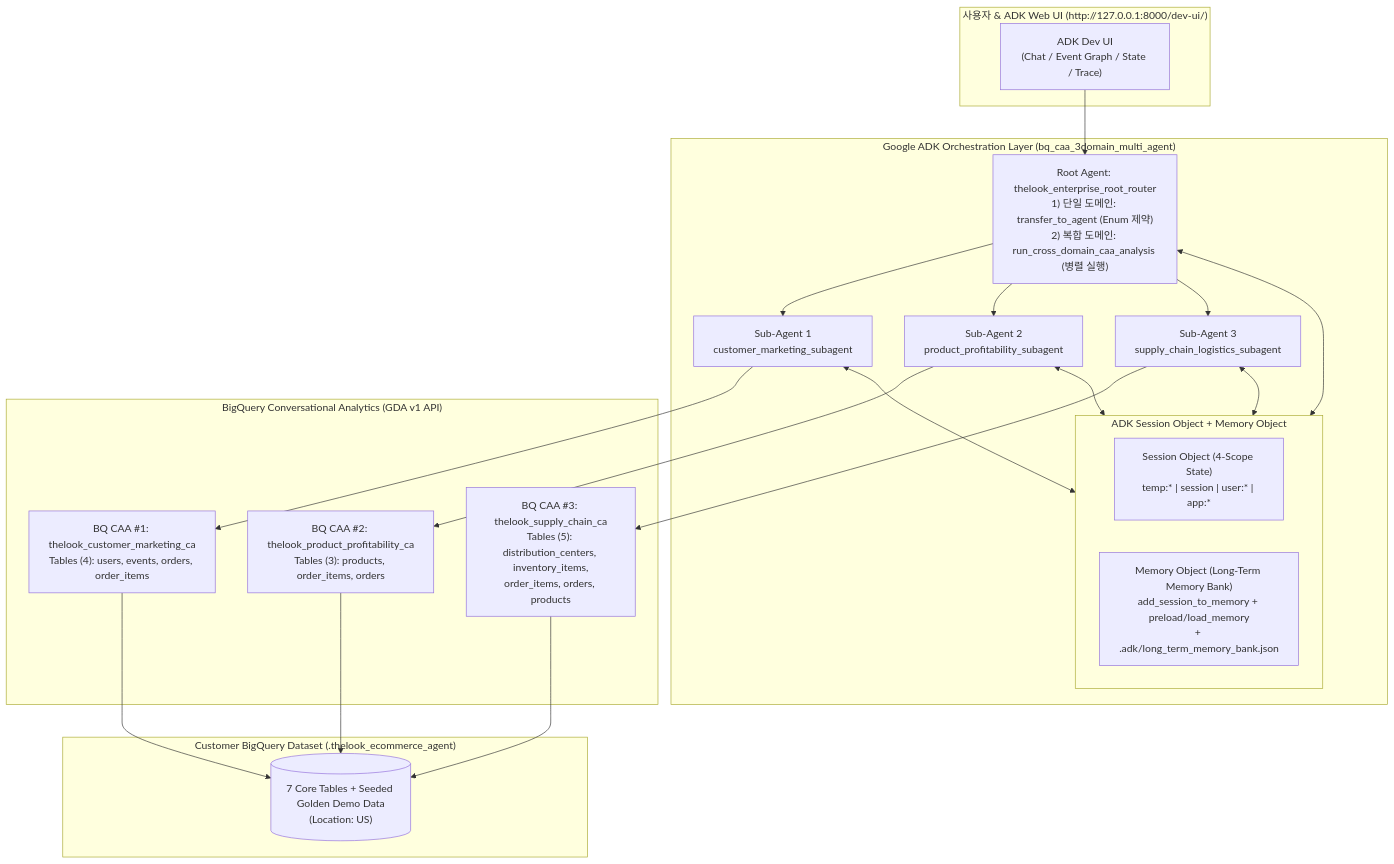
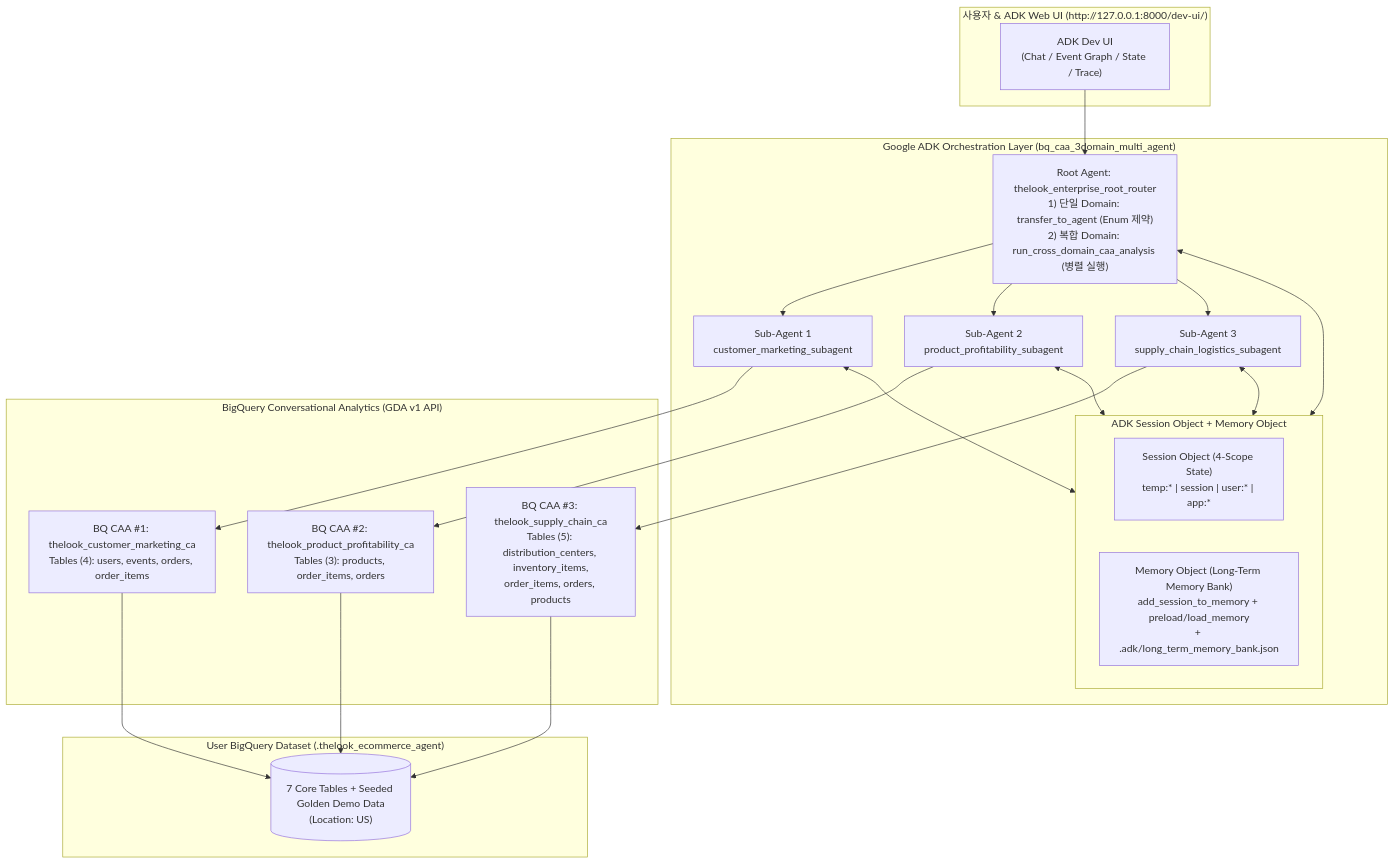
One commit to rhkim77/adk_with_bq_caa_lab changed the diagram in docs/QWIKLABS_HANDSON_LAB_GUIDE_KO.md. Above: the diagram before and after it, drawn with Mermaid. The commit also changed other lines of this file and 3 other files, not shown here.

````diff
--- a/docs/QWIKLABS_HANDSON_LAB_GUIDE_KO.md
+++ b/docs/QWIKLABS_HANDSON_LAB_GUIDE_KO.md
@@ -28,45 +28,45 @@
 ```mermaid
 flowchart TB
   subgraph UserLayer["사용자 & ADK Web UI (http://127.0.0.1:8000/dev-ui/)"]
     UI["ADK Dev UI<br/>(Chat / Event Graph / State / Trace)"]
   end
 
   subgraph ADKLayer["Google ADK Orchestration Layer (bq_caa_3domain_multi_agent)"]
-    ROOT["Root Agent: thelook_enterprise_root_router<br/>1) 단일 도메인: transfer_to_agent (Enum 제약)<br/>2) 복합 도메인: run_cross_domain_caa_analysis (병렬 실행)"]
+    ROOT["Root Agent: thelook_enterprise_root_router<br/>1) 단일 Domain: transfer_to_agent (Enum 제약)<br/>2) 복합 Domain: run_cross_domain_caa_analysis (병렬 실행)"]
     
     subgraph SessionMemory["ADK Session Object + Memory Object"]
       S_OBJ["Session Object (4-Scope State)<br/>temp:* | session | user:* | app:*"]
       M_OBJ["Memory Object (Long-Term Memory Bank)<br/>add_session_to_memory + preload/load_memory<br/>+ .adk/long_term_memory_bank.json"]
     end
 
     SUB1["Sub-Agent 1<br/>customer_marketing_subagent"]
     SUB2["Sub-Agent 2<br/>product_profitability_subagent"]
     SUB3["Sub-Agent 3<br/>supply_chain_logistics_subagent"]
 
     ROOT --> SUB1
     ROOT --> SUB2
     ROOT --> SUB3
     ROOT <--> SessionMemory
     SUB1 <--> SessionMemory
     SUB2 <--> SessionMemory
     SUB3 <--> SessionMemory
   end
 
   subgraph CAALayer["BigQuery Conversational Analytics (GDA v1 API)"]
     CAA1["BQ CAA #1: thelook_customer_marketing_ca<br/>Tables (4): users, events, orders, order_items"]
     CAA2["BQ CAA #2: thelook_product_profitability_ca<br/>Tables (3): products, order_items, orders"]
     CAA3["BQ CAA #3: thelook_supply_chain_ca<br/>Tables (5): distribution_centers, inventory_items,<br/>order_items, orders, products"]
     SUB1 --> CAA1
     SUB2 --> CAA2
     SUB3 --> CAA3
   end
 
-  subgraph BQLayer["Customer BigQuery Dataset (<PROJECT_ID>.thelook_ecommerce_agent)"]
+  subgraph BQLayer["User BigQuery Dataset (<PROJECT_ID>.thelook_ecommerce_agent)"]
     BQ[("7 Core Tables + Seeded Golden Demo Data<br/>(Location: US)")]
     CAA1 --> BQ
     CAA2 --> BQ
     CAA3 --> BQ
   end
 
   UI --> ROOT
 ```
````
